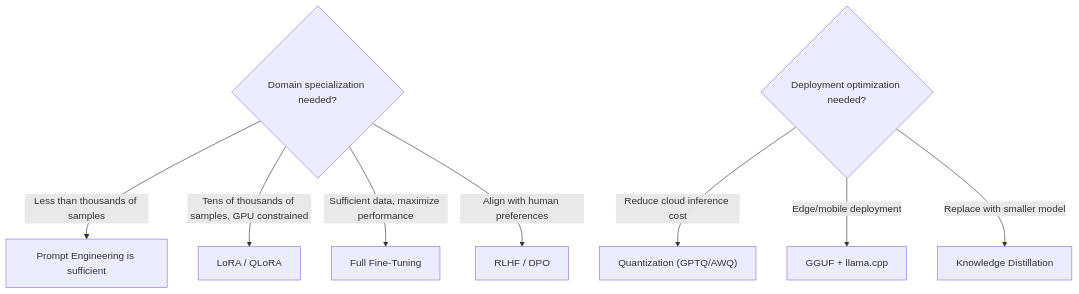
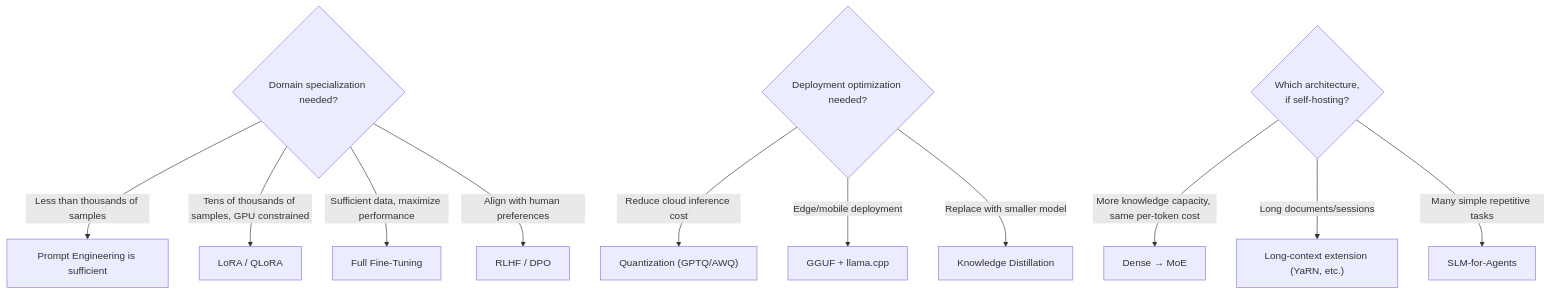
The second of 2 diagrams in wiki/en/AI/Engineering/Model_Engineering/Model_Engineering.md (TaeHunKim/AIEngineeringLLMWiki), drawn with Mermaid before and after one commit. The commit also changed other lines of this file and 66 other files, not shown here.

First line of the commit message:
docs: fill Model/Prompt/Flow/Context/Loop Engineering gaps and refresh stale chapters

````diff
--- a/wiki/en/AI/Engineering/Model_Engineering/Model_Engineering.md
+++ b/wiki/en/AI/Engineering/Model_Engineering/Model_Engineering.md
@@ -34,11 +36,15 @@
 ```mermaid
 flowchart TD
     A{Domain specialization needed?} -->|"Less than thousands of samples"| PE[Prompt Engineering is sufficient]
     A -->|"Tens of thousands of samples, GPU constrained"| LR["LoRA / QLoRA"]
     A -->|"Sufficient data, maximize performance"| FF[Full Fine-Tuning]
     A -->|"Align with human preferences"| RL["RLHF / DPO"]
 
     B{Deployment optimization needed?} -->|"Reduce cloud inference cost"| QT["Quantization (GPTQ/AWQ)"]
     B -->|"Edge/mobile deployment"| GG["GGUF + llama.cpp"]
     B -->|"Replace with smaller model"| KD[Knowledge Distillation]
+
+    C{"Which architecture,<br/>if self-hosting?"} -->|"More knowledge capacity, same per-token cost"| MOE["Dense → MoE"]
+    C -->|"Long documents/sessions"| YARN["Long-context extension (YaRN, etc.)"]
+    C -->|"Many simple repetitive tasks"| SLM["SLM-for-Agents"]
 ```
````
